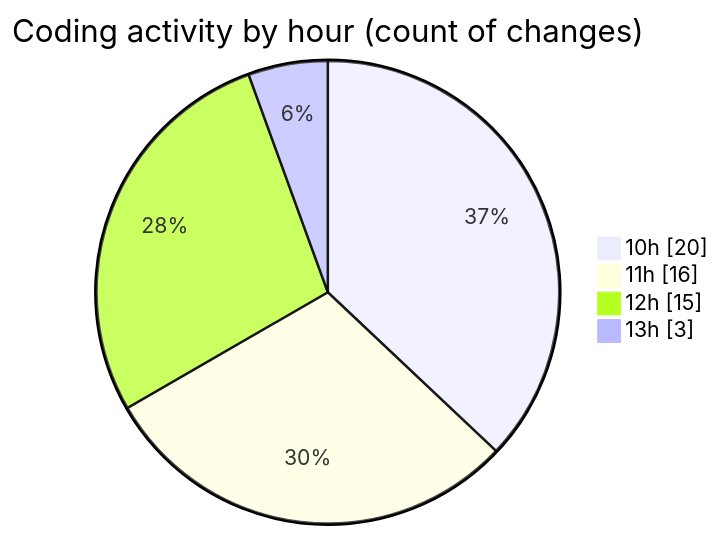
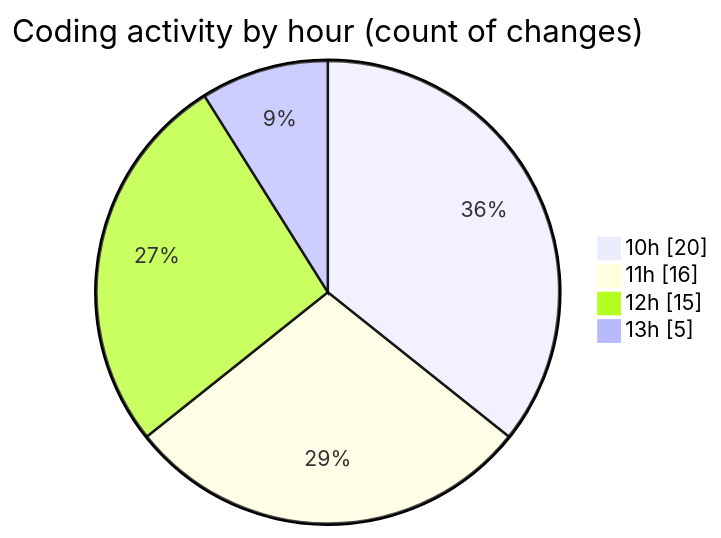
One commit to momahboobian/code-tracking changed the second of 2 diagrams in 2025-07-28/cda/README.md. Above: the diagram before and after it, drawn with Mermaid. The commit also changed other lines of this file and 1 other file, not shown here.

````diff
--- a/2025-07-28/cda/README.md
+++ b/2025-07-28/cda/README.md
@@ -41,8 +42,8 @@
 ```mermaid
 pie showData
 title Coding activity by hour (count of changes)
 "10h" : 20
 "11h" : 16
 "12h" : 15
-"13h" : 3
+"13h" : 5
 ```
````
